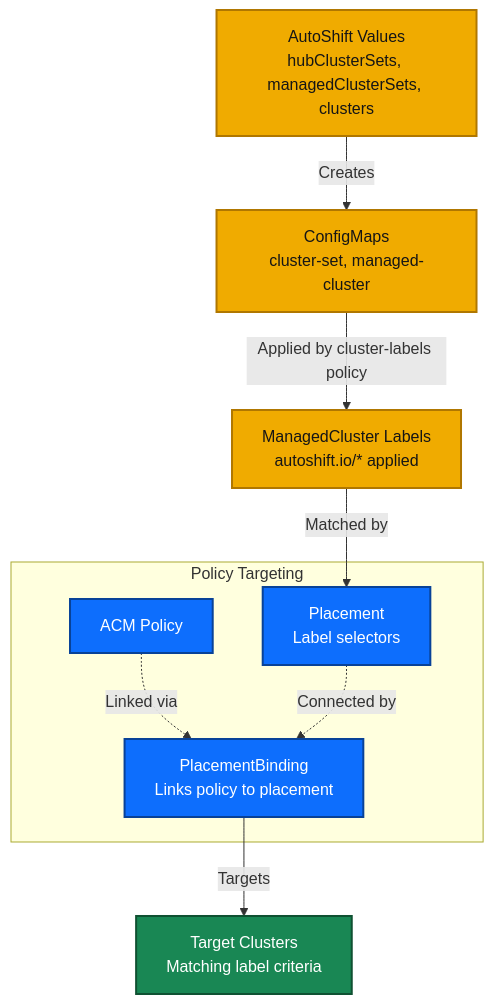
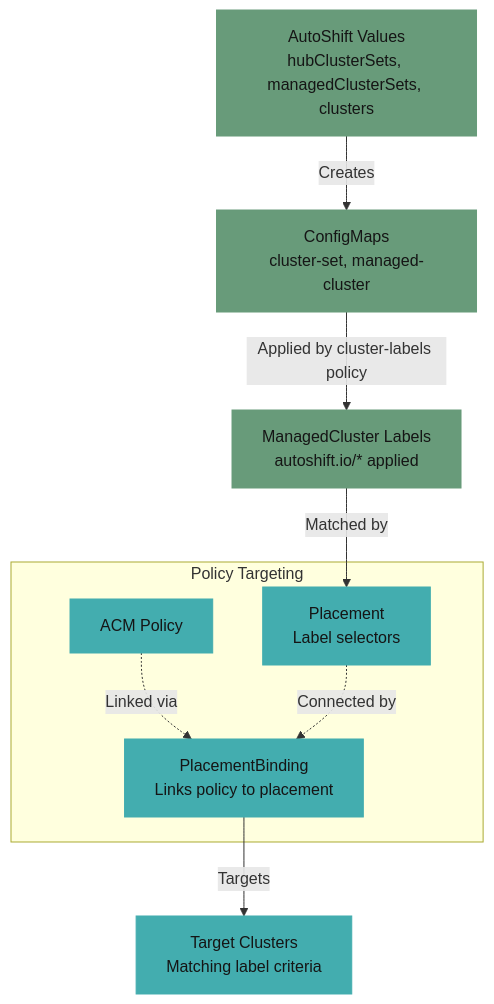
One commit to auto-shift/autoshiftv2 changed the third of 4 diagrams in docs/developer-guide.md. Above: the diagram before and after it, drawn with Mermaid. The commit also changed other lines of this file and 39 other files, not shown here.

````diff
--- a/docs/developer-guide.md
+++ b/docs/developer-guide.md
@@ -95,29 +91,29 @@
 ```mermaid
 flowchart TD
     Values[AutoShift Values<br/>hubClusterSets, managedClusterSets, clusters]
     ConfigMaps[ConfigMaps<br/>cluster-set, managed-cluster]
     ClusterLabels[ManagedCluster Labels<br/>autoshift.io/* applied]
 
     subgraph Targeting [Policy Targeting]
         Policy[ACM Policy]
         Placement[Placement<br/>Label selectors]
         Binding[PlacementBinding<br/>Links policy to placement]
     end
 
     Clusters[Target Clusters<br/>Matching label criteria]
 
     Values -->|Creates| ConfigMaps
     ConfigMaps -->|Applied by cluster-labels policy| ClusterLabels
     ClusterLabels -->|Matched by| Placement
     Policy -.->|Linked via| Binding
     Placement -.->|Connected by| Binding
     Binding -->|Targets| Clusters
 
-    classDef config fill:#f0ab00,stroke:#b07700,stroke-width:2px,color:#151515
-    classDef policy fill:#0d6efd,stroke:#084298,stroke-width:2px,color:#ffffff
-    classDef target fill:#198754,stroke:#0f5132,stroke-width:2px,color:#ffffff
+    classDef config fill:#689B7A,stroke:#689B7A,color:#151515
+    classDef policy fill:#43ADAF,stroke:#43ADAF,color:#151515
+    classDef target fill:#43ADAF,stroke:#43ADAF,color:#151515
 
     class Values,ConfigMaps,ClusterLabels config
     class Policy,Placement,Binding policy
     class Clusters target
 ```
````
